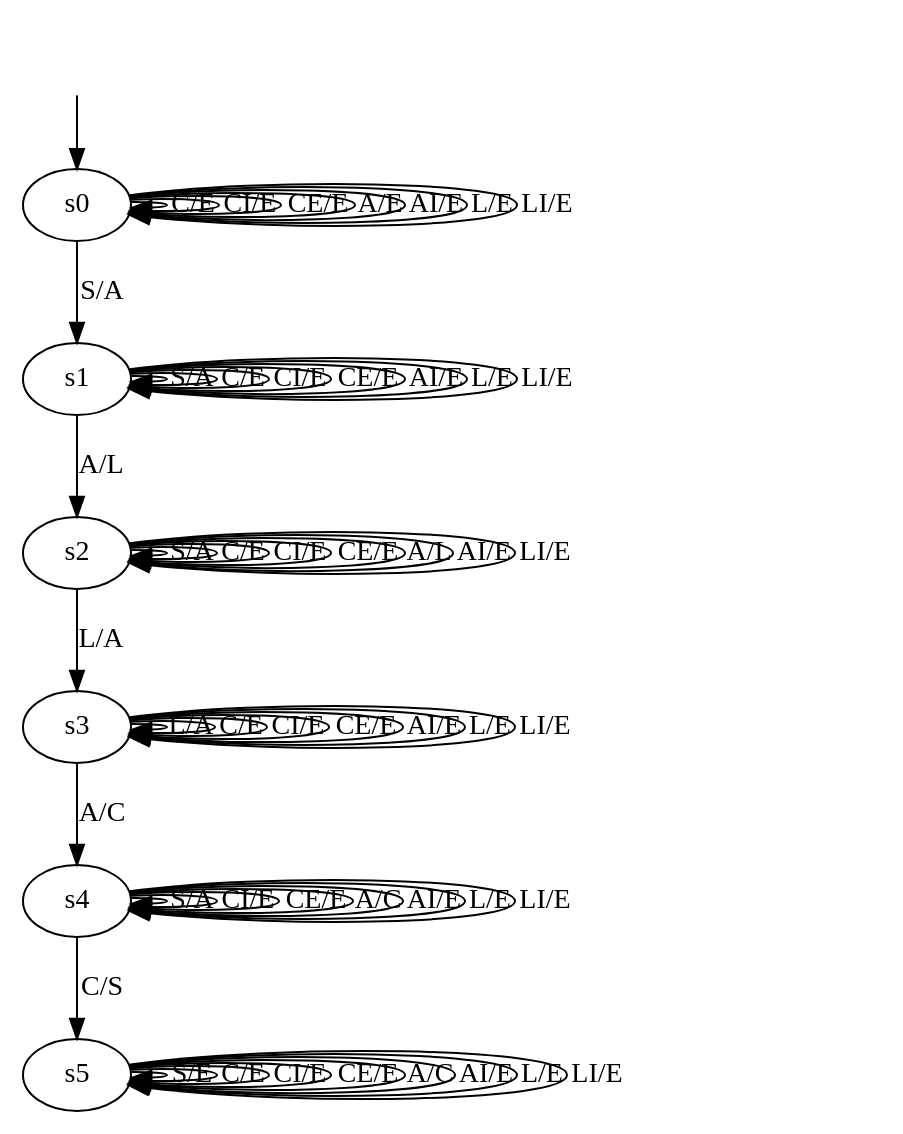
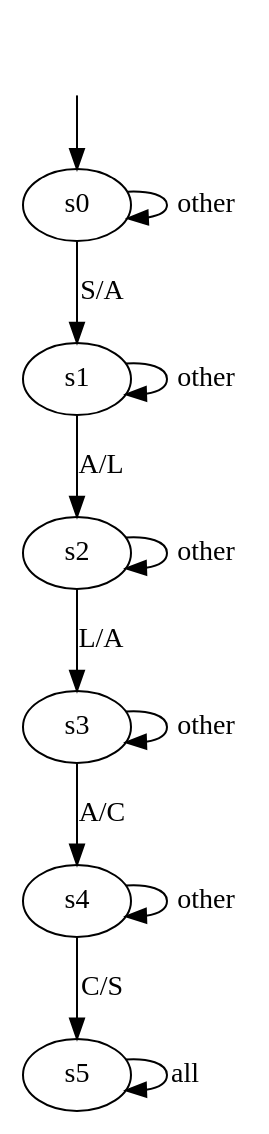
The diagram in learned_models/ssp-simplified.dot (Harm-r/oidc-learning-based-fuzzing), drawn with Graphviz before and after one commit. The commit also changed 52 other files, not shown here.

```diff
--- a/learned_models/ssp-simplified.dot
+++ b/learned_models/ssp-simplified.dot
@@ -1,58 +1,21 @@
 digraph "ssp-simplified" {
 s0 [label="s0"];
 s1 [label="s1"];
 s2 [label="s2"];
 s3 [label="s3"];
 s4 [label="s4"];
 s5 [label="s5"];
 s0 -> s1 [label="S/A"];
-s0 -> s0 [label="C/E"];
-s0 -> s0 [label="CI/E"];
-s0 -> s0 [label="CE/E"];
-s0 -> s0 [label="A/E"];
-s0 -> s0 [label="AI/E"];
-s0 -> s0 [label="L/E"];
-s0 -> s0 [label="LI/E"];
-s1 -> s1 [label="S/A"];
-s1 -> s1 [label="C/E"];
-s1 -> s1 [label="CI/E"];
-s1 -> s1 [label="CE/E"];
+s0 -> s0 [label="other"];
+s1 -> s1 [label="other"];
 s1 -> s2 [label="A/L"];
-s1 -> s1 [label="AI/E"];
-s1 -> s1 [label="L/E"];
-s1 -> s1 [label="LI/E"];
-s2 -> s2 [label="S/A"];
-s2 -> s2 [label="C/E"];
-s2 -> s2 [label="CI/E"];
-s2 -> s2 [label="CE/E"];
-s2 -> s2 [label="A/L"];
-s2 -> s2 [label="AI/E"];
+s2 -> s2 [label="other"];
 s2 -> s3 [label="L/A"];
-s2 -> s2 [label="LI/E"];
-s3 -> s3 [label="L/A"];
-s3 -> s3 [label="C/E"];
-s3 -> s3 [label="CI/E"];
-s3 -> s3 [label="CE/E"];
+s3 -> s3 [label="other"];
 s3 -> s4 [label="A/C"];
-s3 -> s3 [label="AI/E"];
-s3 -> s3 [label="L/E"];
-s3 -> s3 [label="LI/E"];
-s4 -> s4 [label="S/A"];
+s4 -> s4 [label="other"];
 s4 -> s5 [label="C/S"];
-s4 -> s4 [label="CI/E"];
-s4 -> s4 [label="CE/E"];
-s4 -> s4 [label="A/C"];
-s4 -> s4 [label="AI/E"];
-s4 -> s4 [label="L/E"];
-s4 -> s4 [label="LI/E"];
-s5 -> s5 [label="S/E"];
-s5 -> s5 [label="C/E"];
-s5 -> s5 [label="CI/E"];
-s5 -> s5 [label="CE/E"];
-s5 -> s5 [label="A/C"];
-s5 -> s5 [label="AI/E"];
-s5 -> s5 [label="L/E"];
-s5 -> s5 [label="LI/E"];
+s5 -> s5 [label="all"];
 __start0 [shape=none, label=""];
 __start0 -> s0 [label=""];
 }
```
